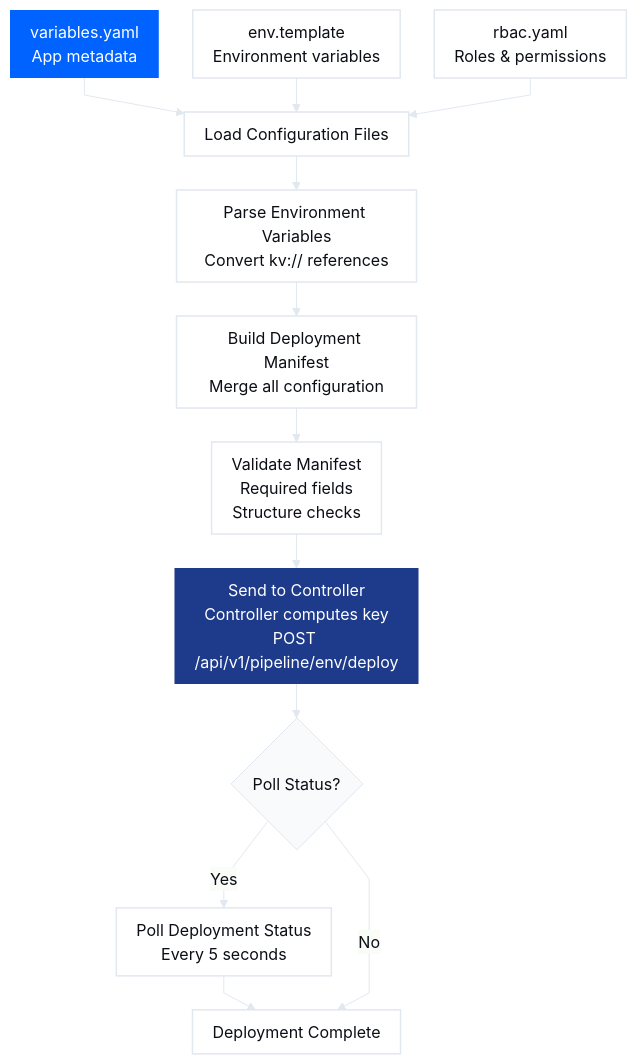
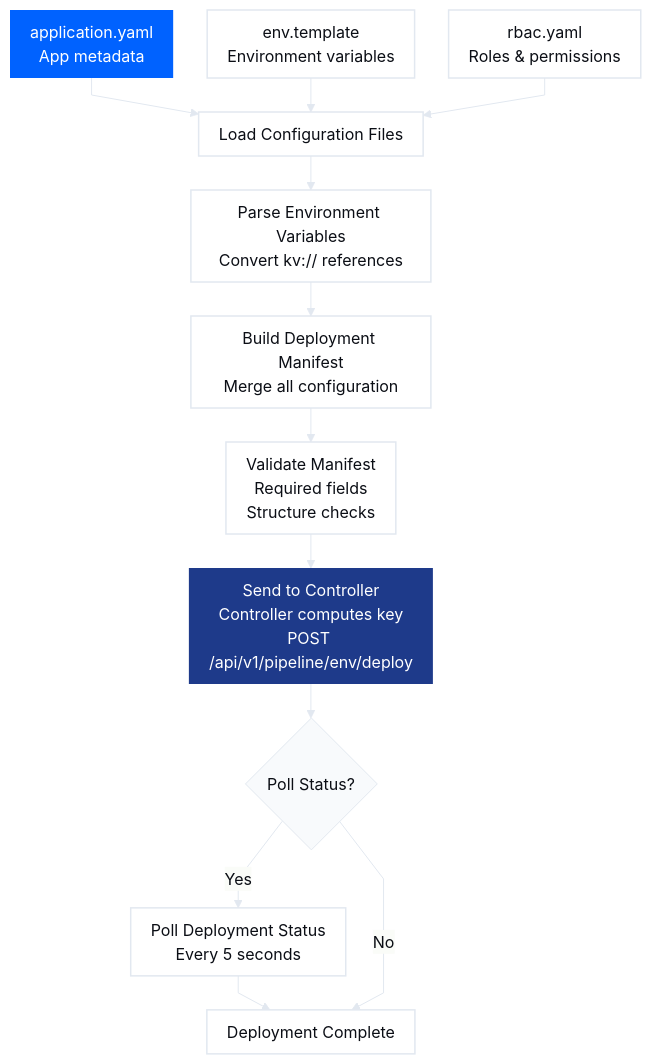
The sixth of 7 diagrams in docs/deploying.md (esystemsdev/aifabrix-builder), drawn with Mermaid before and after one commit. The commit also changed other lines of this file and 259 other files, not shown here.

````diff
--- a/docs/deploying.md
+++ b/docs/deploying.md
@@ -803,48 +993,48 @@
 ```mermaid
 %%{init: {
   "theme": "base",
   "themeVariables": {
     "fontFamily": "Poppins, Arial Rounded MT Bold, Arial, sans-serif",
     "fontSize": "16px",
     "background": "#FFFFFF",
     "primaryColor": "#F8FAFC",
     "primaryTextColor": "#0B0E15",
     "primaryBorderColor": "#E2E8F0",
     "lineColor": "#E2E8F0",
     "textColor": "#0B0E15",
     "borderRadius": 16
   },
   "flowchart": {
     "curve": "linear",
     "nodeSpacing": 34,
     "rankSpacing": 34,
     "padding": 10
   }
 }}%%
 
 flowchart TD
 
 %% =======================
 %% Styles
 %% =======================
 classDef base fill:#FFFFFF,color:#0B0E15,stroke:#E2E8F0,stroke-width:1.5px;
 classDef medium fill:#1E3A8A,color:#ffffff,stroke-width:0px;
 classDef primary fill:#0062FF,color:#ffffff,stroke-width:0px;
 
 %% =======================
 %% Flow
 %% =======================
-Variables[variables.yaml<br/>App metadata]:::primary --> Load[Load Configuration Files]:::base
+Variables[application.yaml<br/>App metadata]:::primary --> Load[Load Configuration Files]:::base
 EnvTemplate[env.template<br/>Environment variables]:::base --> Load
 Rbac[rbac.yaml<br/>Roles & permissions]:::base --> Load
 
 Load --> Parse[Parse Environment Variables<br/>Convert kv:// references]:::base
 Parse --> Build[Build Deployment Manifest<br/>Merge all configuration]:::base
 Build --> Validate[Validate Manifest<br/>Required fields<br/>Structure checks]:::base
 Validate --> Send[Send to Controller<br/>Controller computes key<br/>POST /api/v1/pipeline/env/deploy]:::medium
 
 Send --> Poll{Poll Status?}
 Poll -->|Yes| PollStatus[Poll Deployment Status<br/>Every 5 seconds]:::base
 PollStatus --> Complete[Deployment Complete]:::base
 Poll -->|No| Complete
 ```
````
